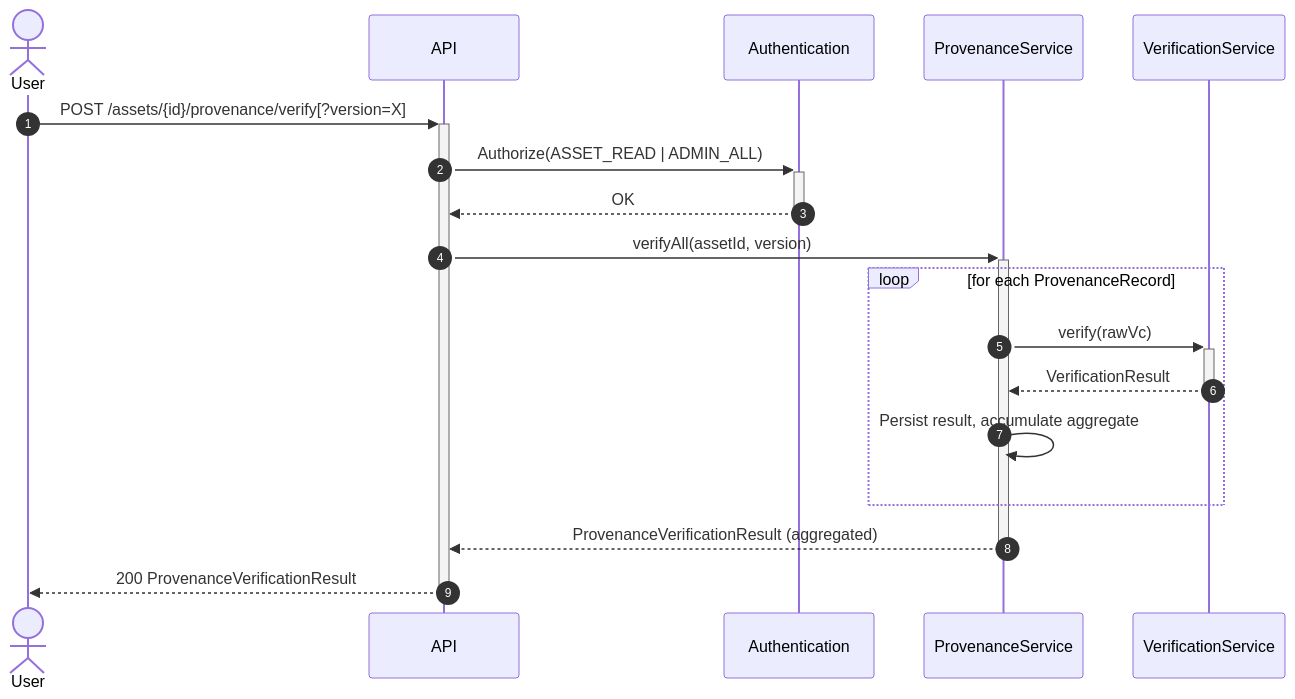
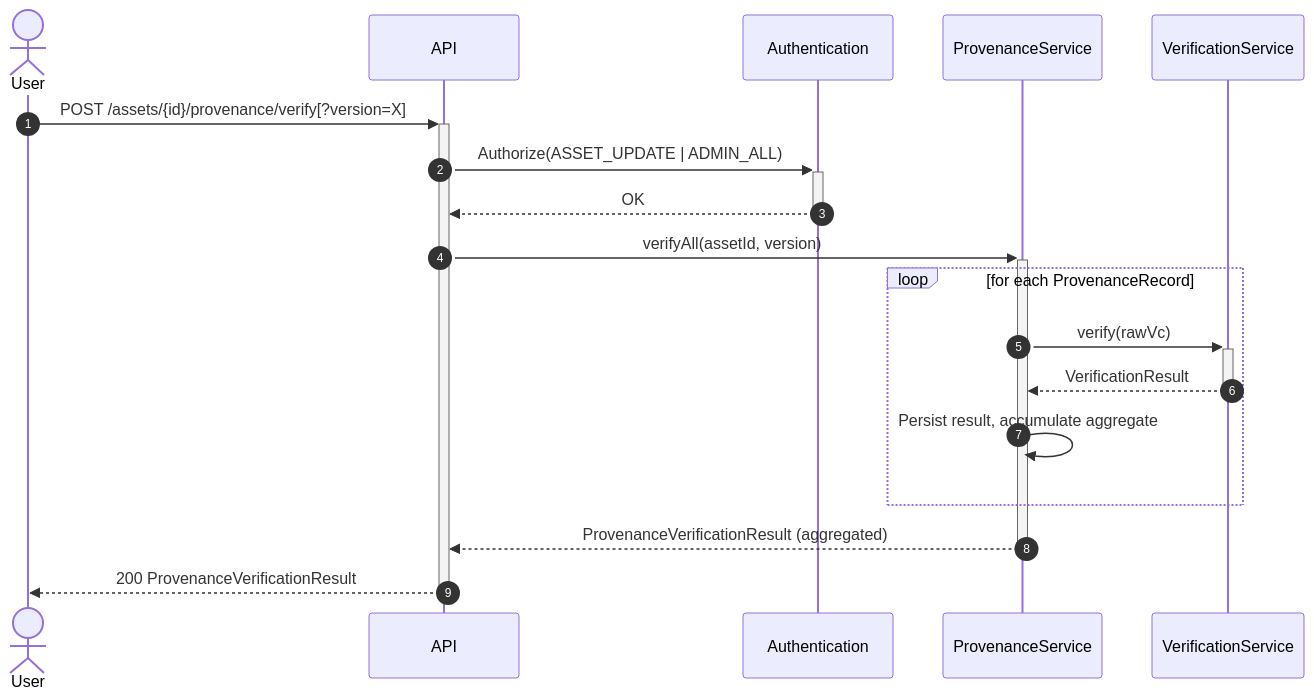
One commit to federated-catalogue-enhancements-2026/docs changed diagram 27 of 44 in federated-catalogue/src/docs/architecture/chapters/06_runtime_view.adoc. Above: the diagram before and after it, drawn with Mermaid. The commit also changed other lines of this file and 1 other file, not shown here.

```diff
--- a/federated-catalogue/src/docs/architecture/chapters/06_runtime_view.adoc
+++ b/federated-catalogue/src/docs/architecture/chapters/06_runtime_view.adoc
@@ -880,21 +880,21 @@
 [mermaid, width=2000]
 ....
 sequenceDiagram
     autonumber
     actor User
     participant API
     participant Auth as Authentication
     participant ProvenanceService
     participant VerificationService
     User ->> + API:POST /assets/{id}/provenance/verify[?version=X]
-    API ->> + Auth:Authorize(ASSET_READ | ADMIN_ALL)
+    API ->> + Auth:Authorize(ASSET_UPDATE | ADMIN_ALL)
     Auth -->> - API:OK
     API ->> + ProvenanceService:verifyAll(assetId, version)
     loop for each ProvenanceRecord
         ProvenanceService ->> + VerificationService:verify(rawVc)
         VerificationService -->> - ProvenanceService:VerificationResult
         ProvenanceService ->> ProvenanceService:Persist result, accumulate aggregate
     end
     ProvenanceService -->> - API:ProvenanceVerificationResult (aggregated)
     API -->> - User:200 ProvenanceVerificationResult
 ....
```
